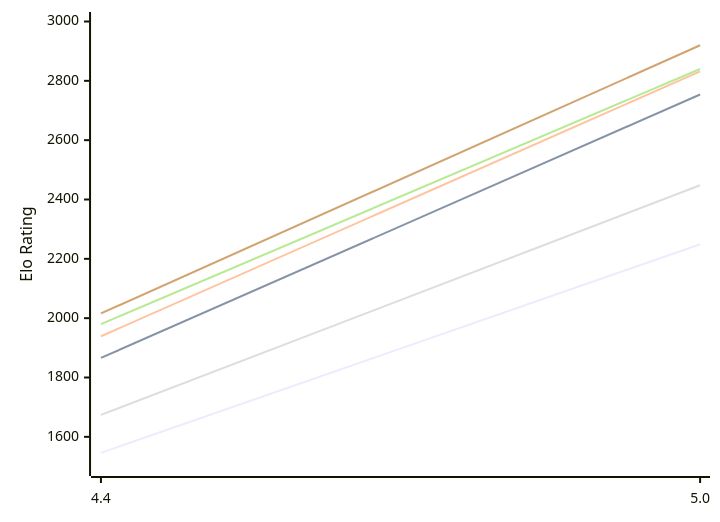
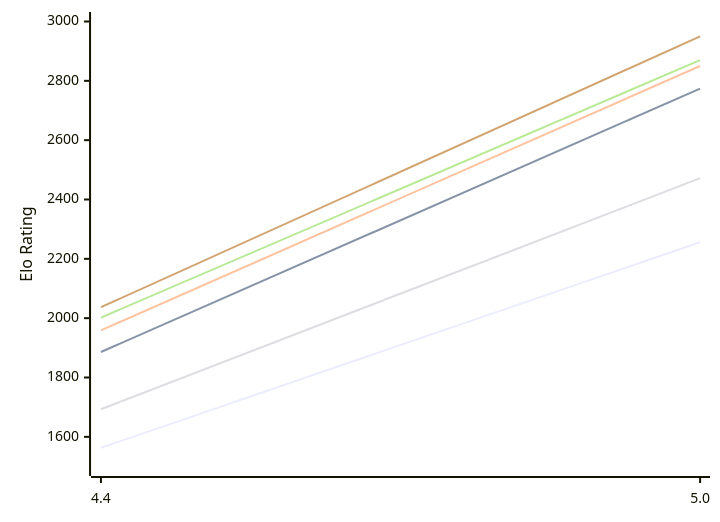
The first of 2 diagrams in engines/Radiance.md (computer-chess-index/cci), drawn with Mermaid before and after one commit. The commit also changed other lines of this file, not shown here.

Commit message:
Update CCI Ratings (ELO VLTC) - 2026-10-20

````diff
--- a/engines/Radiance.md
+++ b/engines/Radiance.md
@@ -51,12 +51,12 @@
 ```mermaid
 %%{init: {"theme":"base","themeVariables":{"seriesColors:['#a3a3a3','#222221','#faa371']}}}%%
 xychart-beta
   x-axis ["4.4", "5.0"]
   y-axis "Elo Rating" 1500 --> 3000
-  line "E1: STC (8.0+0.08s)" [1546, 2249]
-  line "E1: LTC (60.0+0.60s)" [1866, 2754]
-  line "E1: VLTC (2m24s+1.12s)" [1939, 2832]
-  line "P1: STC (8.0+0.08s)" [1674, 2448]
-  line "P1: LTC (60.0+0.60s)" [1980, 2840]
-  line "P1: VLTC (2m24s+1.12s)" [2016, 2920]
+  line "E1: STC (8.0+0.08s)" [1563, 2256]
+  line "E1: LTC (60.0+0.60s)" [1886, 2774]
+  line "E1: VLTC (2m24s+1.12s)" [1959, 2850]
+  line "P1: STC (8.0+0.08s)" [1693, 2472]
+  line "P1: LTC (60.0+0.60s)" [2002, 2870]
+  line "P1: VLTC (2m24s+1.12s)" [2037, 2950]
 ```
````
